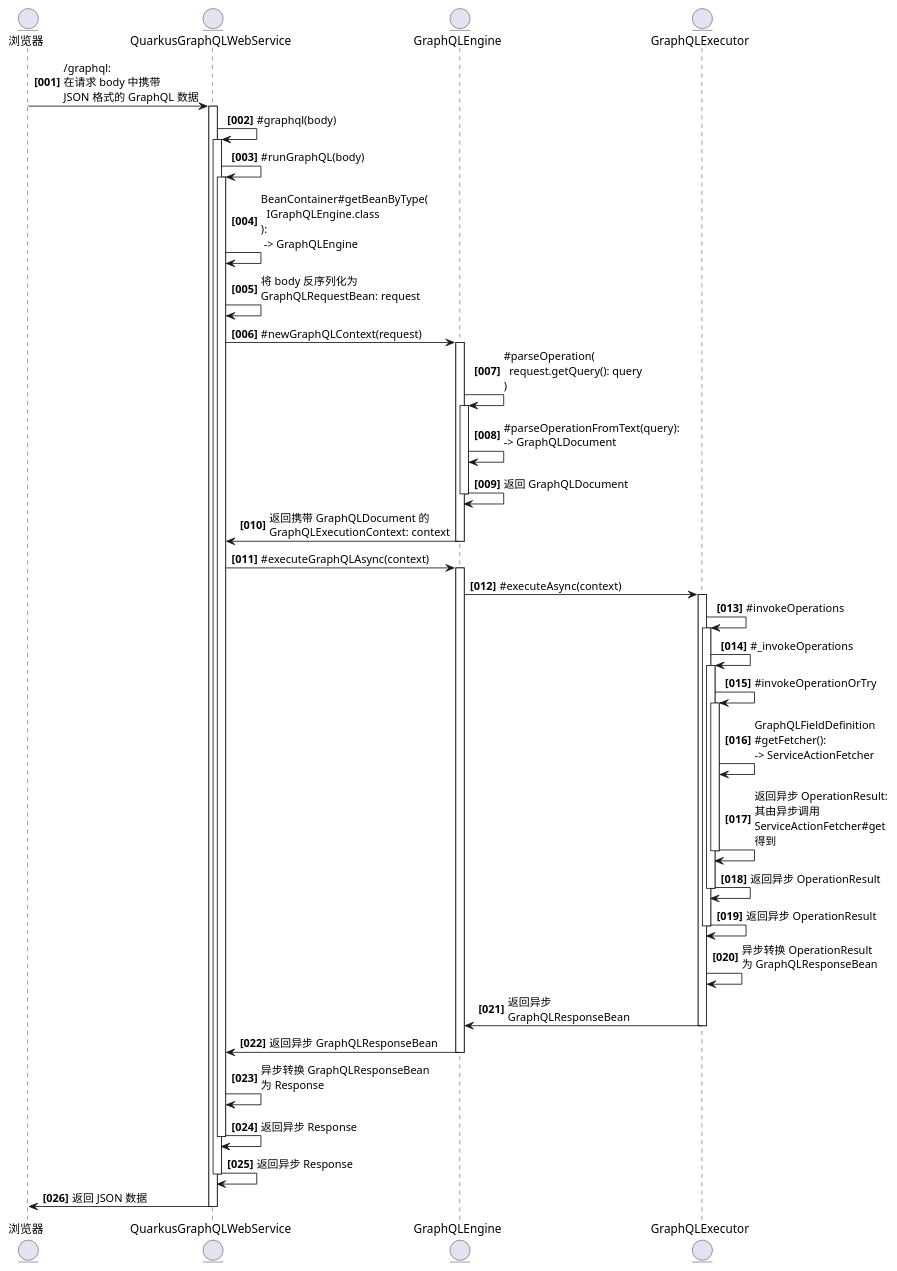
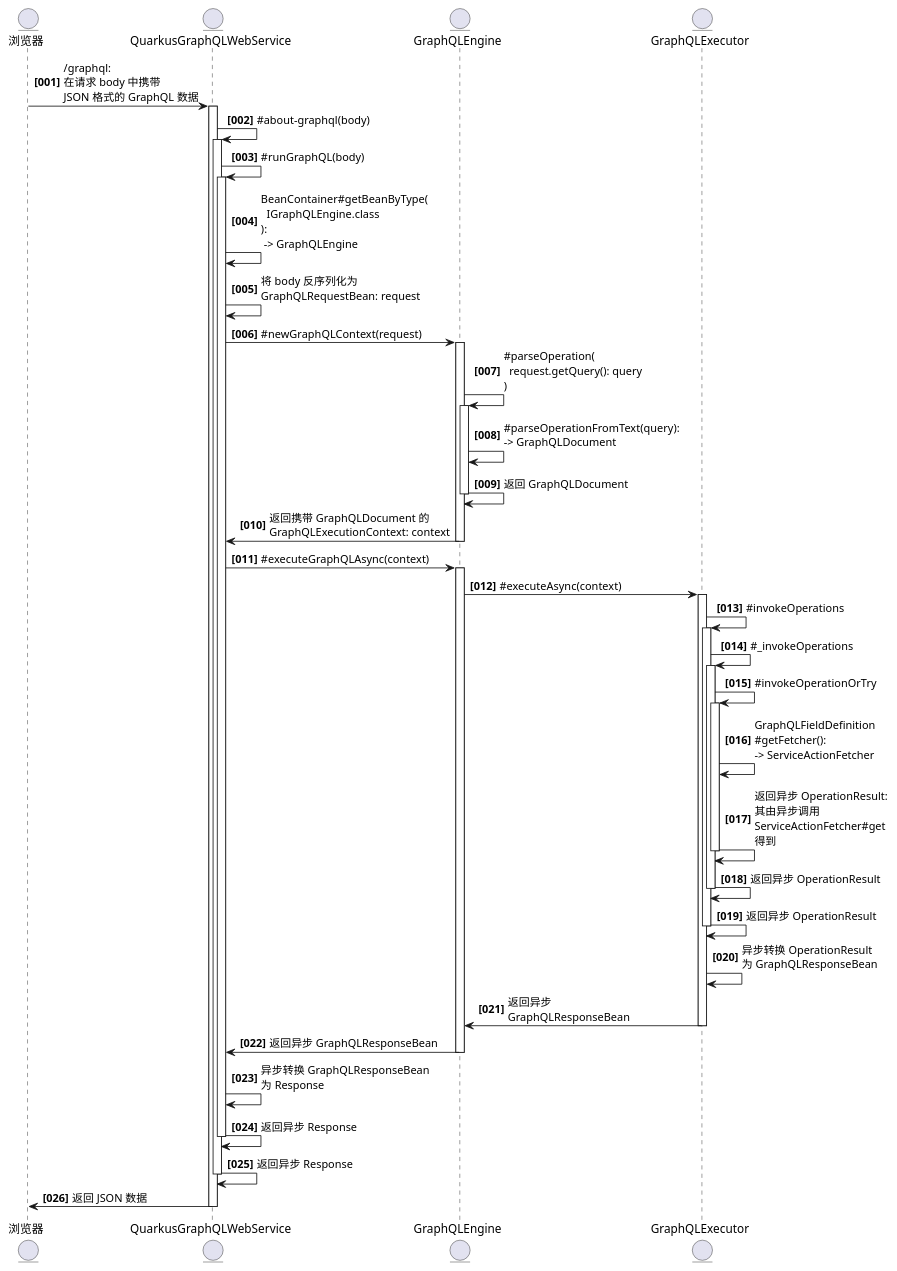
Before and after one commit to crazydan-studio/nop.crazydan.io: the sixth of 7 diagrams in docs/400.implement/400.component/100.graphql.md, drawn with PlantUML. The commit also changed other lines of this file, not shown here.

````diff
--- a/docs/400.implement/400.component/100.graphql.md
+++ b/docs/400.implement/400.component/100.graphql.md
@@ -563,67 +614,67 @@
 ```plantuml
 autonumber "<b>[000]"
 
 entity "浏览器" as browser
 entity "QuarkusGraphQLWebService" as service
 entity "GraphQLEngine" as engine
 entity "GraphQLExecutor" as executor
 
 browser -> service: /graphql:\n在请求 body 中携带\nJSON 格式的 GraphQL 数据
 activate service
-  service -> service: ~#graphql(body)
+  service -> service: ~#about-graphql(body)
   activate service
     service -> service: ~#runGraphQL(body)
     activate service
       service -> service: BeanContainer#getBeanByType(\n  IGraphQLEngine.class\n):\n -> GraphQLEngine
       service -> service: 将 body 反序列化为\nGraphQLRequestBean: request
 
       service -> engine: ~#newGraphQLContext(request)
       activate engine
         engine -> engine: ~#parseOperation(\n  request.getQuery(): query\n)
         activate engine
           engine -> engine: ~#parseOperationFromText(query):\n-> GraphQLDocument
 
           engine -> engine: 返回 GraphQLDocument
         deactivate engine
 
         engine -> service: 返回携带 GraphQLDocument 的\nGraphQLExecutionContext: context
       deactivate engine
 
       service -> engine: ~#executeGraphQLAsync(context)
       activate engine
         engine -> executor: ~#executeAsync(context)
         activate executor
           executor -> executor: ~#invokeOperations
           activate executor
             executor -> executor: ~#_invokeOperations
             activate executor
               executor -> executor: ~#invokeOperationOrTry
               activate executor
                 executor -> executor: GraphQLFieldDefinition\n~#getFetcher():\n-> ServiceActionFetcher
 
                 executor -> executor: 返回异步 OperationResult:\n其由异步调用\nServiceActionFetcher#get\n得到
               deactivate executor
 
               executor -> executor: 返回异步 OperationResult
             deactivate executor
 
             executor -> executor: 返回异步 OperationResult
           deactivate executor
 
           executor -> executor: 异步转换 OperationResult\n为 GraphQLResponseBean
           executor -> engine: 返回异步\nGraphQLResponseBean
         deactivate executor
 
         engine -> service: 返回异步 GraphQLResponseBean
       deactivate engine
 
       service -> service: 异步转换 GraphQLResponseBean\n为 Response
       service -> service: 返回异步 Response
     deactivate service
 
     service -> service: 返回异步 Response
   deactivate service
 
   service -> browser: 返回 JSON 数据
 deactivate service
 ```
````
